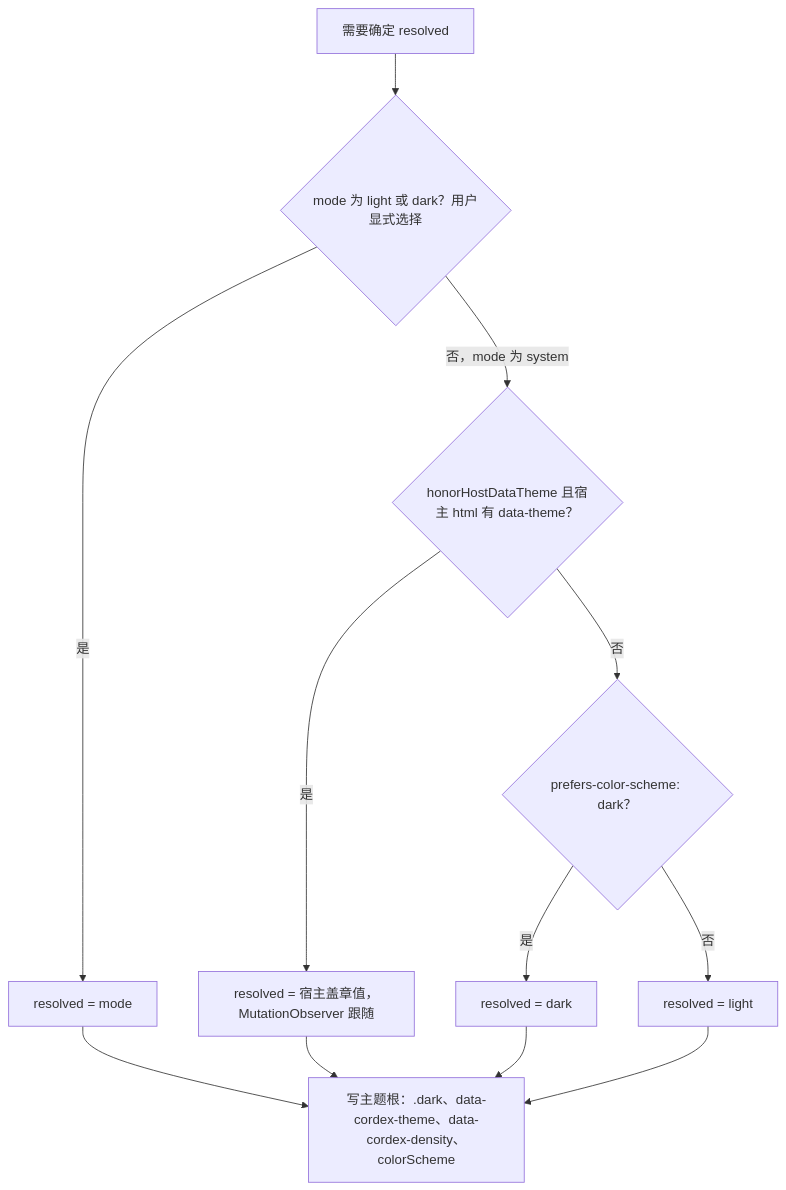
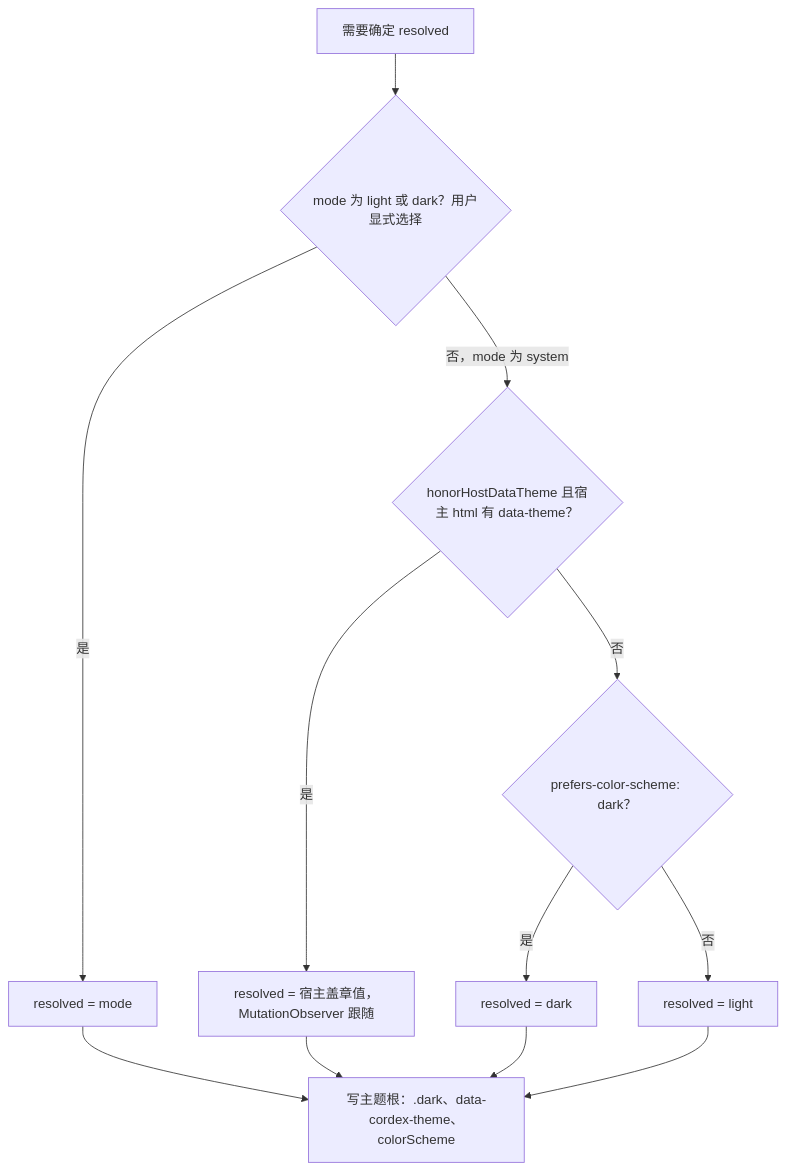
One commit to Xeonice/cordis-ppt-editor changed the third of 8 diagrams in docs/50-frontend/09-ui-system-and-theming.md. Above: the diagram before and after it, drawn with Mermaid. The commit also changed other lines of this file and 25 other files, not shown here.

````diff
--- a/docs/50-frontend/09-ui-system-and-theming.md
+++ b/docs/50-frontend/09-ui-system-and-theming.md
@@ -138,19 +155,19 @@
 ```mermaid
 flowchart TB
   start["需要确定 resolved"]
   q1{"mode 为 light 或 dark？用户显式选择"}
   q2{"honorHostDataTheme 且宿主 html 有 data-theme？"}
   q3{"prefers-color-scheme: dark？"}
   useMode["resolved = mode"]
   useHost["resolved = 宿主盖章值，MutationObserver 跟随"]
   dark["resolved = dark"]
   light["resolved = light"]
-  write["写主题根：.dark、data-cordex-theme、data-cordex-density、colorScheme"]
+  write["写主题根：.dark、data-cordex-theme、colorScheme"]
   start --> q1
   q1 -->|"是"| useMode --> write
   q1 -->|"否，mode 为 system"| q2
   q2 -->|"是"| useHost --> write
   q2 -->|"否"| q3
   q3 -->|"是"| dark --> write
   q3 -->|"否"| light --> write
 ```
````
